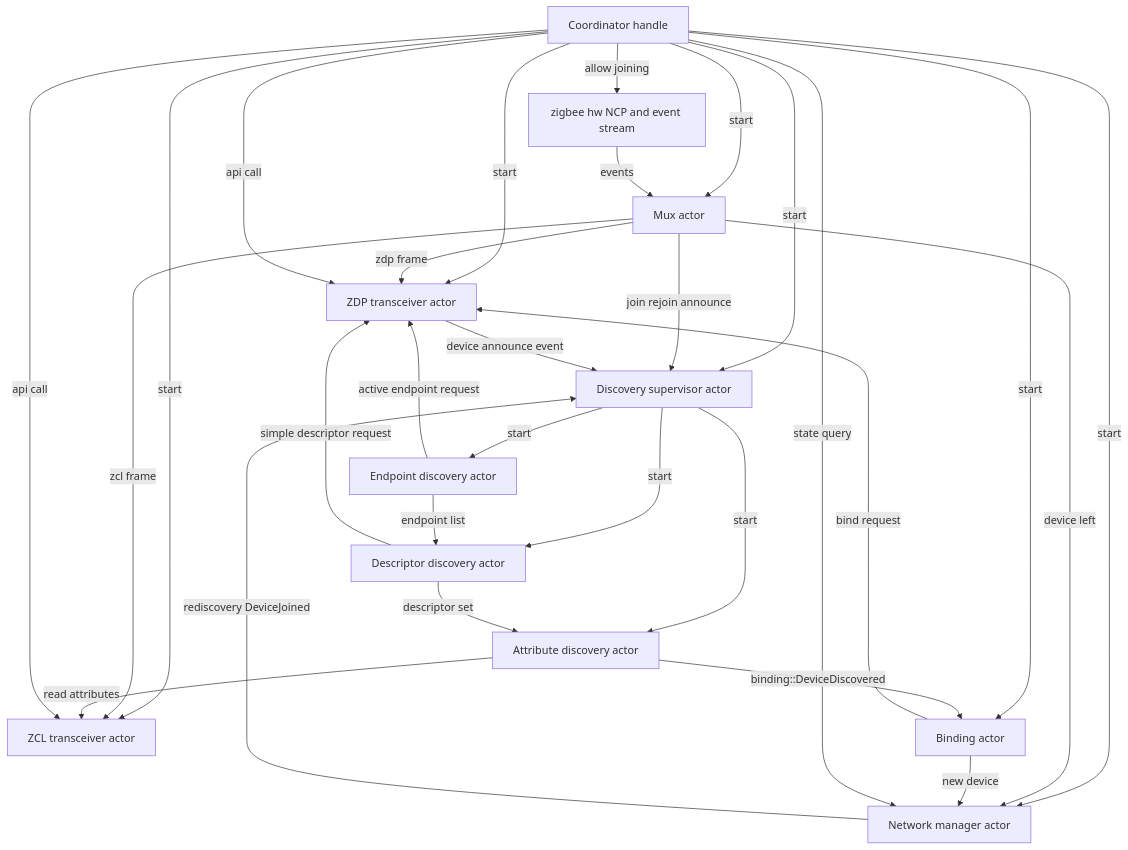
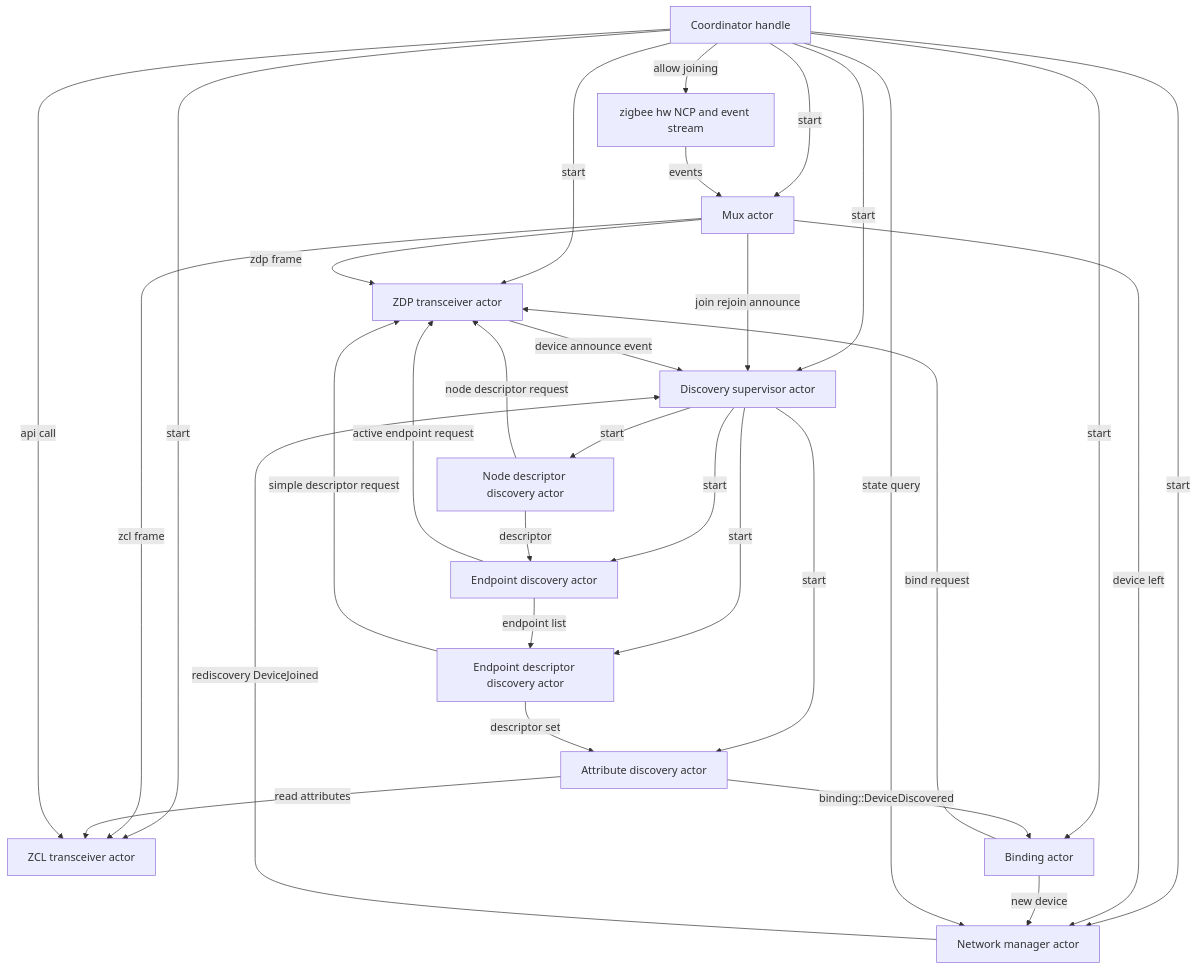
The first of 6 diagrams in zigbee-coordinator/ARCHITECTURE.md (PaulmannLighting/apis-saltans), drawn with Mermaid before and after one commit. The commit also changed other lines of this file, not shown here.

````diff
--- a/zigbee-coordinator/ARCHITECTURE.md
+++ b/zigbee-coordinator/ARCHITECTURE.md
@@ -20,49 +20,52 @@
 ```mermaid
 flowchart TD
     HW[zigbee hw NCP and event stream]
     C[Coordinator handle]
 
     M[Mux actor]
     ZCL[ZCL transceiver actor]
     ZDP[ZDP transceiver actor]
     D[Discovery supervisor actor]
+    ND[Node descriptor discovery actor]
     ED[Endpoint discovery actor]
-    DD[Descriptor discovery actor]
+    EDD[Endpoint descriptor discovery actor]
     AD[Attribute discovery actor]
     B[Binding actor]
     NM[Network manager actor]
 
     C -->|start| M
     C -->|start| ZCL
     C -->|start| ZDP
     C -->|start| D
     C -->|start| B
     C -->|start| NM
 
+    D -->|start| ND
     D -->|start| ED
-    D -->|start| DD
+    D -->|start| EDD
     D -->|start| AD
 
     HW -->|events| M
     M -->|zcl frame| ZCL
     M -->|zdp frame| ZDP
     M -->|join rejoin announce| D
     M -->|device left| NM
 
+    ND -->|node descriptor request| ZDP
+    ND -->|descriptor| ED
     ED -->|active endpoint request| ZDP
-    ED -->|endpoint list| DD
-    DD -->|simple descriptor request| ZDP
-    DD -->|descriptor set| AD
+    ED -->|endpoint list| EDD
+    EDD -->|simple descriptor request| ZDP
+    EDD -->|descriptor set| AD
     AD -->|read attributes| ZCL
     AD -->|binding::DeviceDiscovered| B
     B -->|bind request| ZDP
     B -->|new device| NM
     NM -->|rediscovery DeviceJoined| D
 
     ZDP -->|device announce event| D
 
     C -->|api call| ZCL
-    C -->|api call| ZDP
     C -->|state query| NM
     C -->|allow joining| HW
 ```
````
